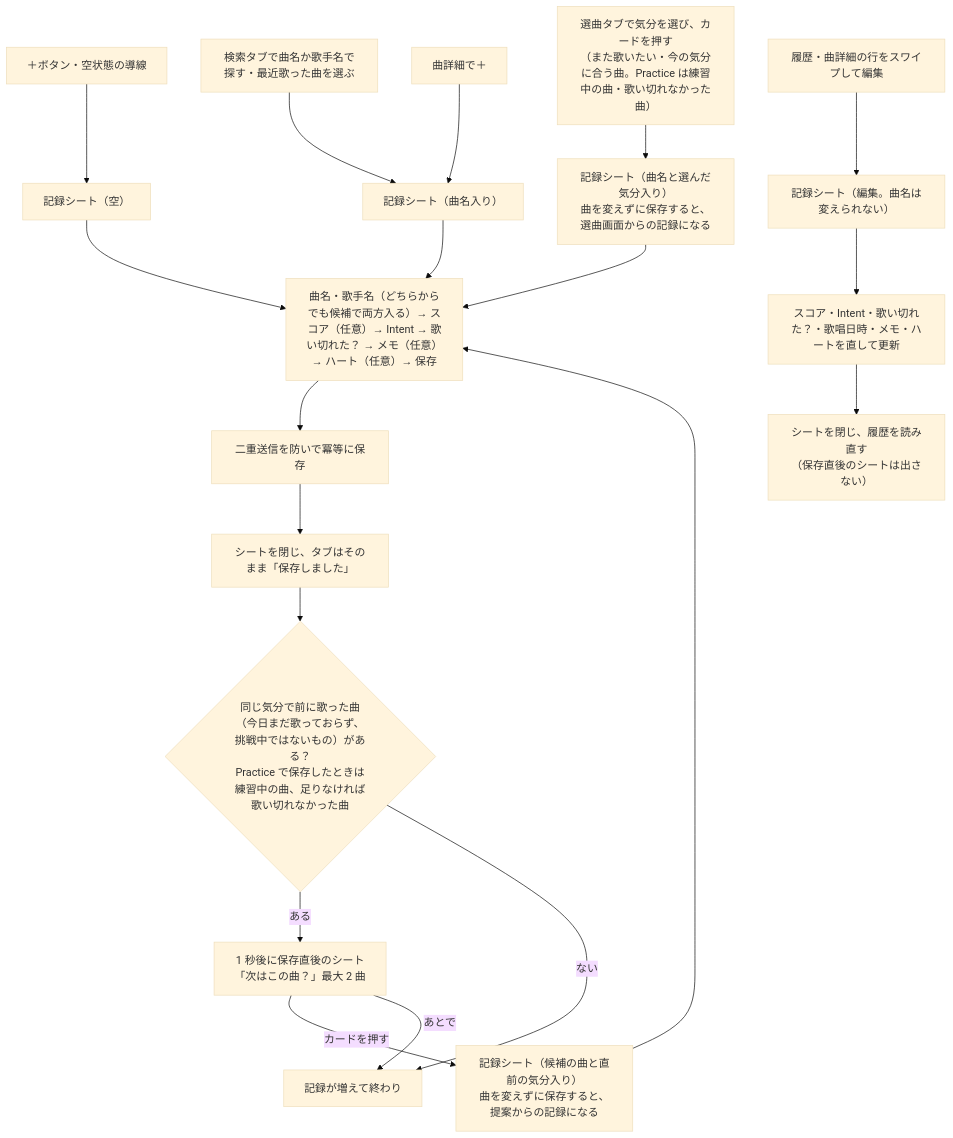
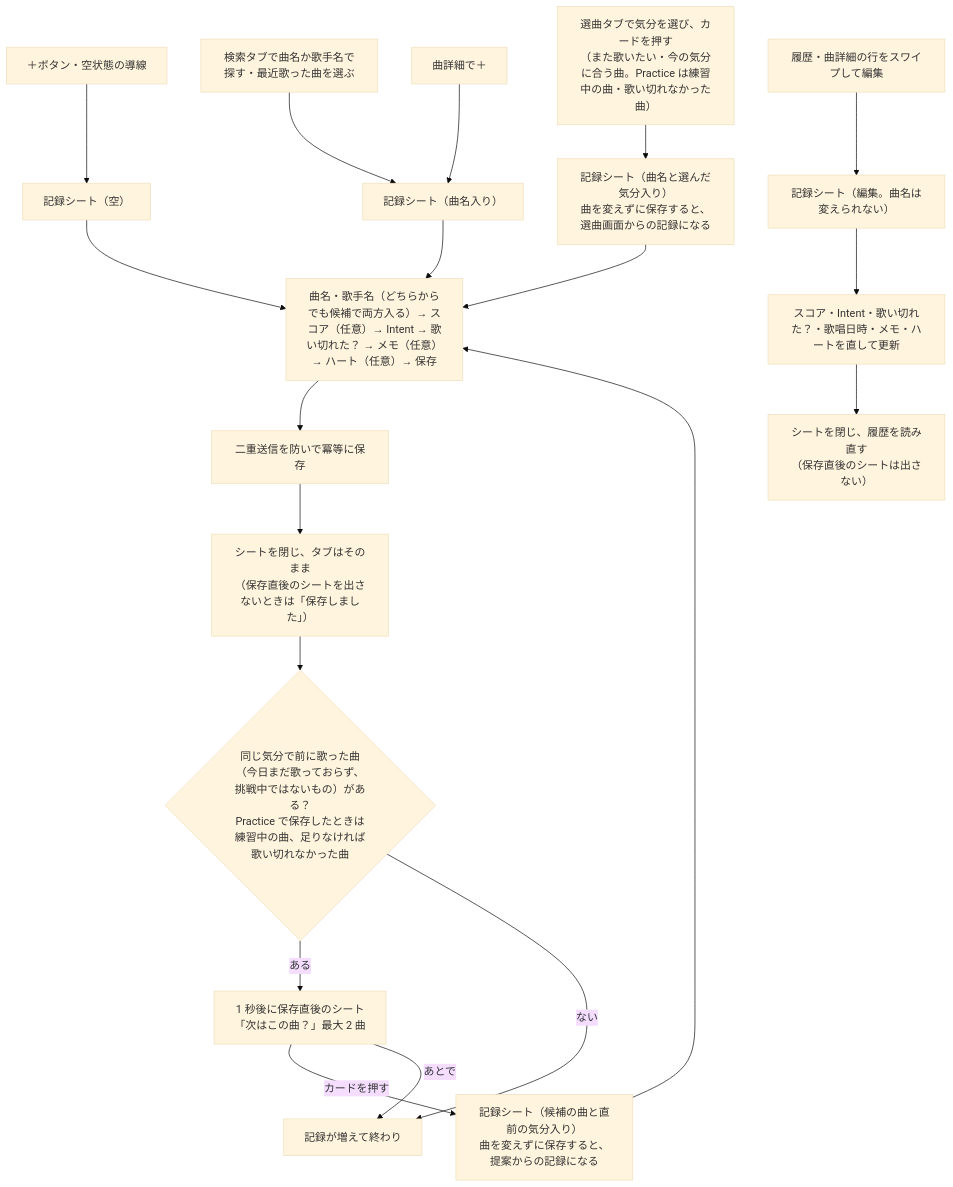
Before and after one commit to omomi-moti/Karaoke_support: the fourth of 4 diagrams in docs/architecture.md, drawn with Mermaid (base theme). The commit also changed other lines of this file and 4 other files, not shown here.

````diff
--- a/docs/architecture.md
+++ b/docs/architecture.md
@@ -224,23 +224,23 @@
 ```mermaid
 flowchart TD
     P["＋ボタン・空状態の導線"] --> S1["記録シート（空）"]
     R["検索タブで曲名か歌手名で探す・最近歌った曲を選ぶ"] --> S2["記録シート（曲名入り）"]
     TD["曲詳細で＋"] --> S2
     SEL["選曲タブで気分を選び、カードを押す<br>（また歌いたい・今の気分に合う曲。Practice は練習中の曲・歌い切れなかった曲）"] --> S5["記録シート（曲名と選んだ気分入り）<br>曲を変えずに保存すると、選曲画面からの記録になる"]
     E["履歴・曲詳細の行をスワイプして編集"] --> S3["記録シート（編集。曲名は変えられない）"]
 
     S1 --> IN["曲名・歌手名（どちらからでも候補で両方入る）→ スコア（任意）→ Intent → 歌い切れた？ → メモ（任意）→ ハート（任意）→ 保存"]
     S2 --> IN
     IN --> SAVE["二重送信を防いで冪等に保存"]
-    SAVE --> CLOSE["シートを閉じ、タブはそのまま「保存しました」"]
+    SAVE --> CLOSE["シートを閉じ、タブはそのまま<br>（保存直後のシートを出さないときは「保存しました」）"]
     CLOSE --> Q{"同じ気分で前に歌った曲<br>（今日まだ歌っておらず、挑戦中ではないもの）がある？<br>Practice で保存したときは練習中の曲、足りなければ歌い切れなかった曲"}
     Q -->|ある| AS["1 秒後に保存直後のシート<br>「次はこの曲？」最大 2 曲"]
     Q -->|ない| END["記録が増えて終わり"]
     AS -->|カードを押す| S4["記録シート（候補の曲と直前の気分入り）<br>曲を変えずに保存すると、提案からの記録になる"]
     AS -->|あとで| END
     S4 --> IN
     S5 --> IN
 
     S3 --> UP["スコア・Intent・歌い切れた？・歌唱日時・メモ・ハートを直して更新"]
     UP --> CLOSE2["シートを閉じ、履歴を読み直す<br>（保存直後のシートは出さない）"]
 ```
````
